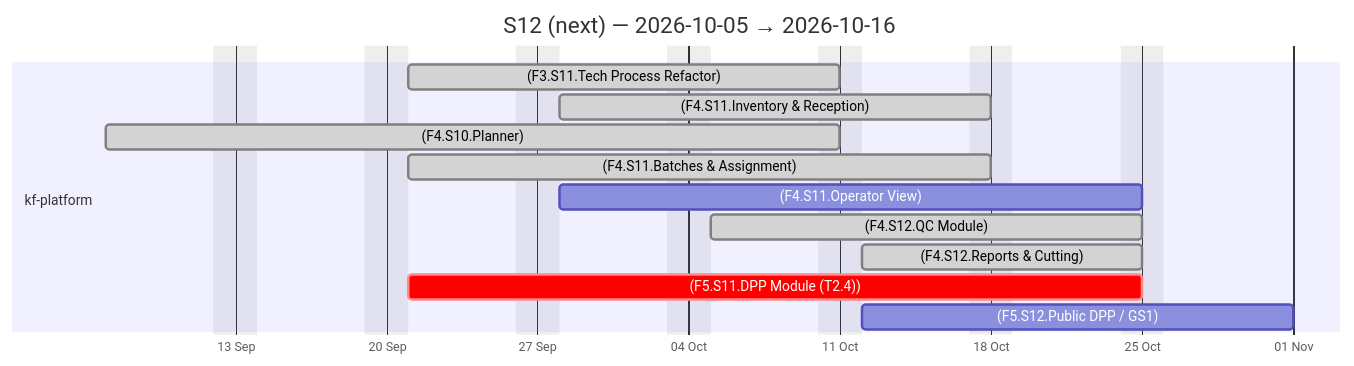
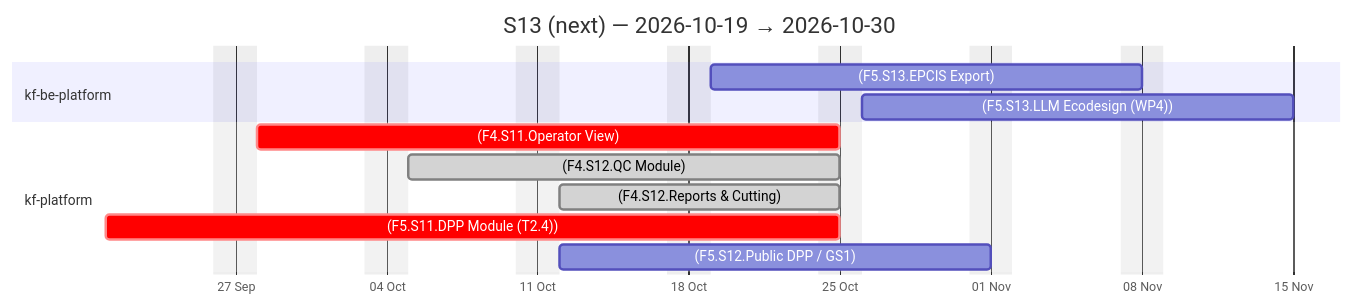
Before and after one commit to Katty-Fashion/kf-cpto: the fourth of 4 diagrams in docs/agile-sprints.md, drawn with Mermaid. The commit also changed other lines of this file and 16 other files, not shown here.

````diff
--- a/docs/agile-sprints.md
+++ b/docs/agile-sprints.md
@@ -95,18 +97,17 @@
 ```mermaid
 gantt
-    title S12 (next) — 2026-10-05 → 2026-10-16
+    title S13 (next) — 2026-10-19 → 2026-10-30
     dateFormat YYYY-MM-DD
     axisFormat %d %b
     excludes weekends
 
+    section kf-be-platform
+    (F5.S13.EPCIS Export) :2026-10-19, 2026-11-08
+    (F5.S13.LLM Ecodesign (WP4)) :2026-10-26, 2026-11-15
     section kf-platform
-    (F3.S11.Tech Process Refactor) :done, 2026-09-21, 2026-10-11
-    (F4.S11.Inventory & Reception) :done, 2026-09-28, 2026-10-18
-    (F4.S10.Planner) :done, 2026-09-07, 2026-10-11
-    (F4.S11.Batches & Assignment) :done, 2026-09-21, 2026-10-18
-    (F4.S11.Operator View) :2026-09-28, 2026-10-25
+    (F4.S11.Operator View) :crit, 2026-09-28, 2026-10-25
     (F4.S12.QC Module) :done, 2026-10-05, 2026-10-25
     (F4.S12.Reports & Cutting) :done, 2026-10-12, 2026-10-25
     (F5.S11.DPP Module (T2.4)) :crit, 2026-09-21, 2026-10-25
     (F5.S12.Public DPP / GS1) :2026-10-12, 2026-11-01
 ```
````
